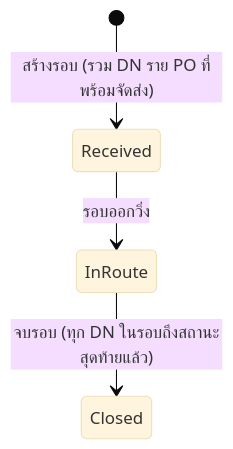
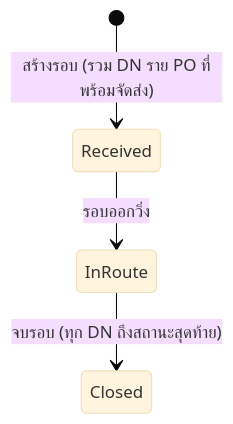
One commit to sitthi-phat/erp-cosmetics-manufacturing-module changed the fifth of 8 diagrams in docs/requirements/erp-v2-ui-first/status-journeys.md. Above: the diagram before and after it, drawn with Mermaid (base theme). The commit also changed other lines of this file and 3 other files, not shown here.

````diff
--- a/docs/requirements/erp-v2-ui-first/status-journeys.md
+++ b/docs/requirements/erp-v2-ui-first/status-journeys.md
@@ -142,6 +146,6 @@
 ```mermaid
 stateDiagram-v2
     [*] --> Received: สร้างรอบ (รวม DN ราย PO ที่พร้อมจัดส่ง)
     Received --> InRoute: รอบออกวิ่ง
-    InRoute --> Closed: จบรอบ (ทุก DN ในรอบถึงสถานะสุดท้ายแล้ว)
+    InRoute --> Closed: จบรอบ (ทุก DN ถึงสถานะสุดท้าย)
 ```
````
